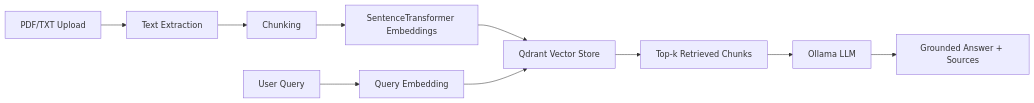
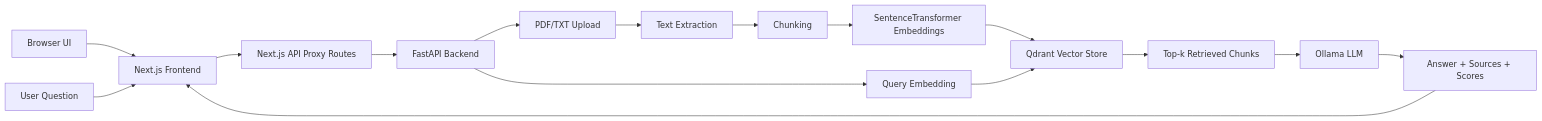
Before and after one commit to PopChork/rag-chatbot: the diagram in README.md, drawn with Mermaid. The commit also changed other lines of this file, not shown here.

Commit message:
Updated README to include frontend

````diff
--- a/README.md
+++ b/README.md
@@ -34,12 +60,20 @@
 ```mermaid
 flowchart LR
-    A[PDF/TXT Upload] --> B[Text Extraction]
-    B --> C[Chunking]
-    C --> D[SentenceTransformer Embeddings]
-    D --> E[Qdrant Vector Store]
-    F[User Query] --> G[Query Embedding]
-    G --> E
-    E --> H[Top-k Retrieved Chunks]
-    H --> I[Ollama LLM]
-    I --> J[Grounded Answer + Sources]
+    A[Browser UI] --> B[Next.js Frontend]
+    B --> C[Next.js API Proxy Routes]
+    C --> D[FastAPI Backend]
+
+    D --> E[PDF/TXT Upload]
+    E --> F[Text Extraction]
+    F --> G[Chunking]
+    G --> H[SentenceTransformer Embeddings]
+    H --> I[Qdrant Vector Store]
+
+    J[User Question] --> B
+    D --> K[Query Embedding]
+    K --> I
+    I --> L[Top-k Retrieved Chunks]
+    L --> M[Ollama LLM]
+    M --> N[Answer + Sources + Scores]
+    N --> B
 ```
````
